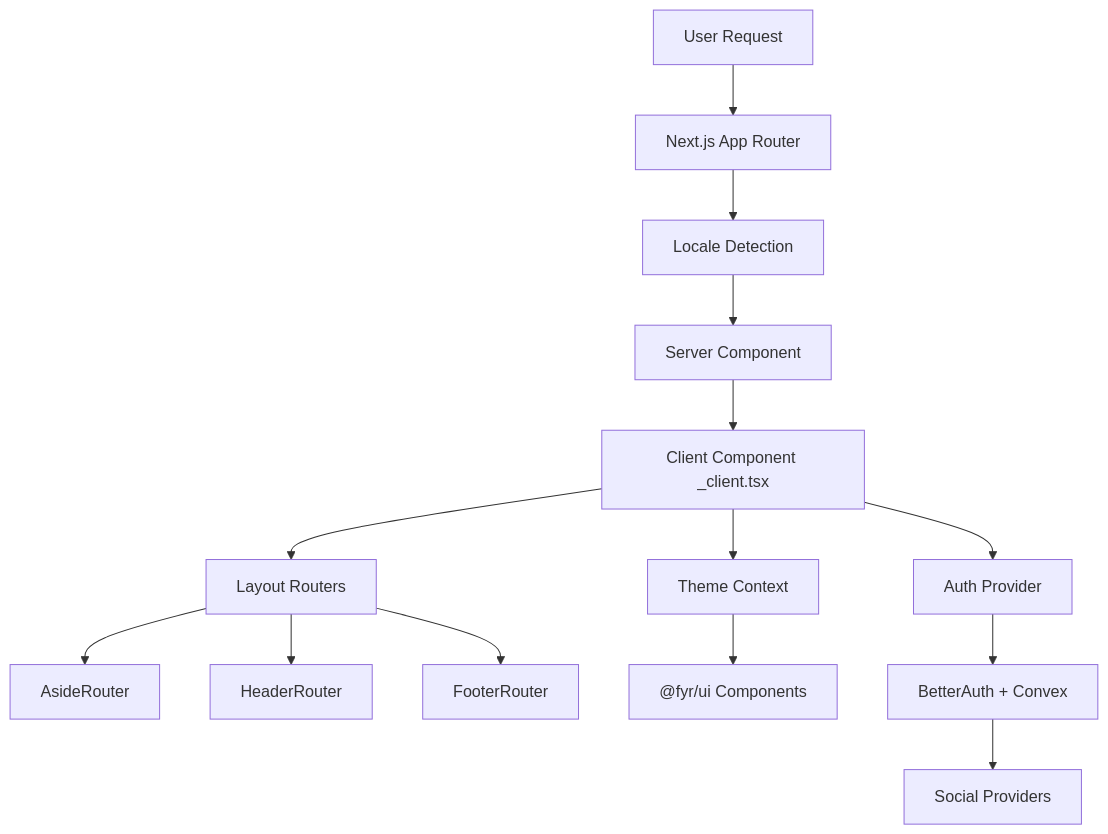
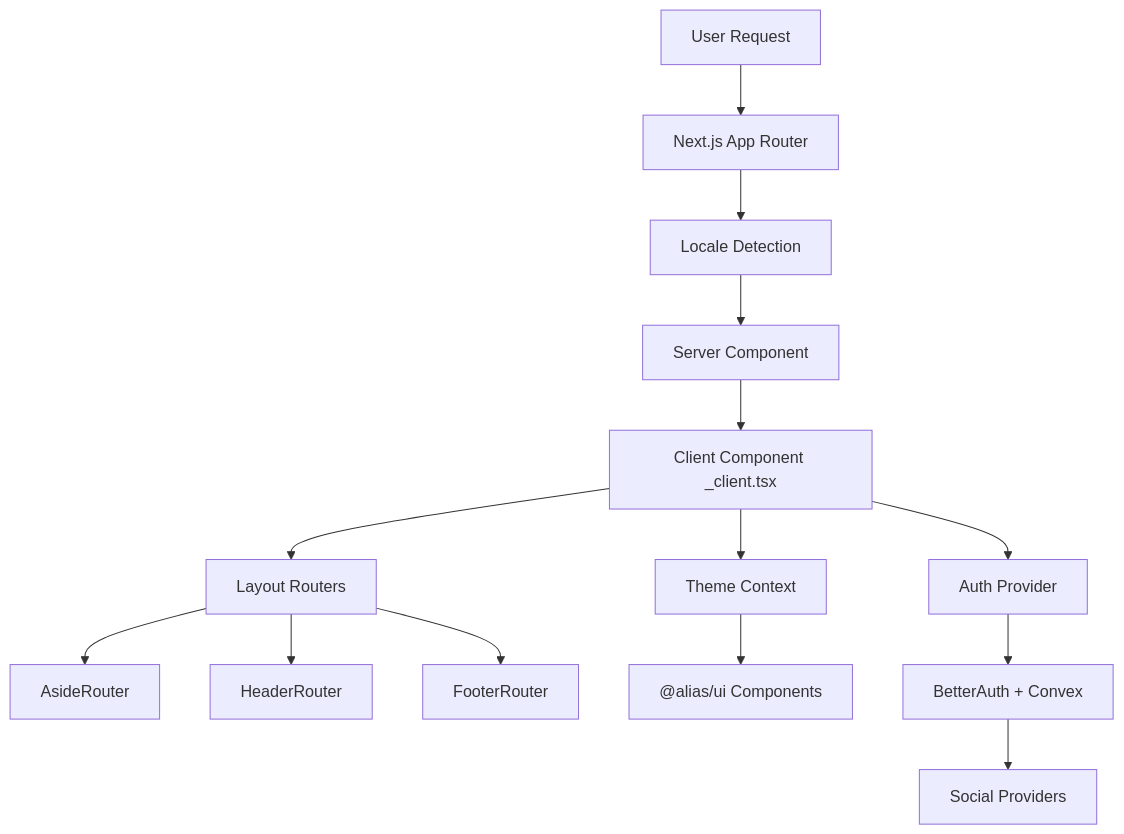
One commit to danmarauda/fyr-next changed the diagram in README.md. Above: the diagram before and after it, drawn with Mermaid. The commit also changed other lines of this file and 7051 other files, not shown here.

````diff
--- a/README.md
+++ b/README.md
@@ -56,16 +56,16 @@
 ```mermaid
 graph TD
     A[User Request] --> B[Next.js App Router]
     B --> C[Locale Detection]
     C --> D[Server Component]
     D --> E[Client Component _client.tsx]
     E --> F[Theme Context]
     E --> G[Auth Provider]
     E --> H[Layout Routers]
     H --> I[AsideRouter]
     H --> J[HeaderRouter]
     H --> K[FooterRouter]
-    F --> L["@fyr/ui Components"]
+    F --> L["@alias/ui Components"]
     G --> M[BetterAuth + Convex]
     M --> N[Social Providers]
 ```
````
